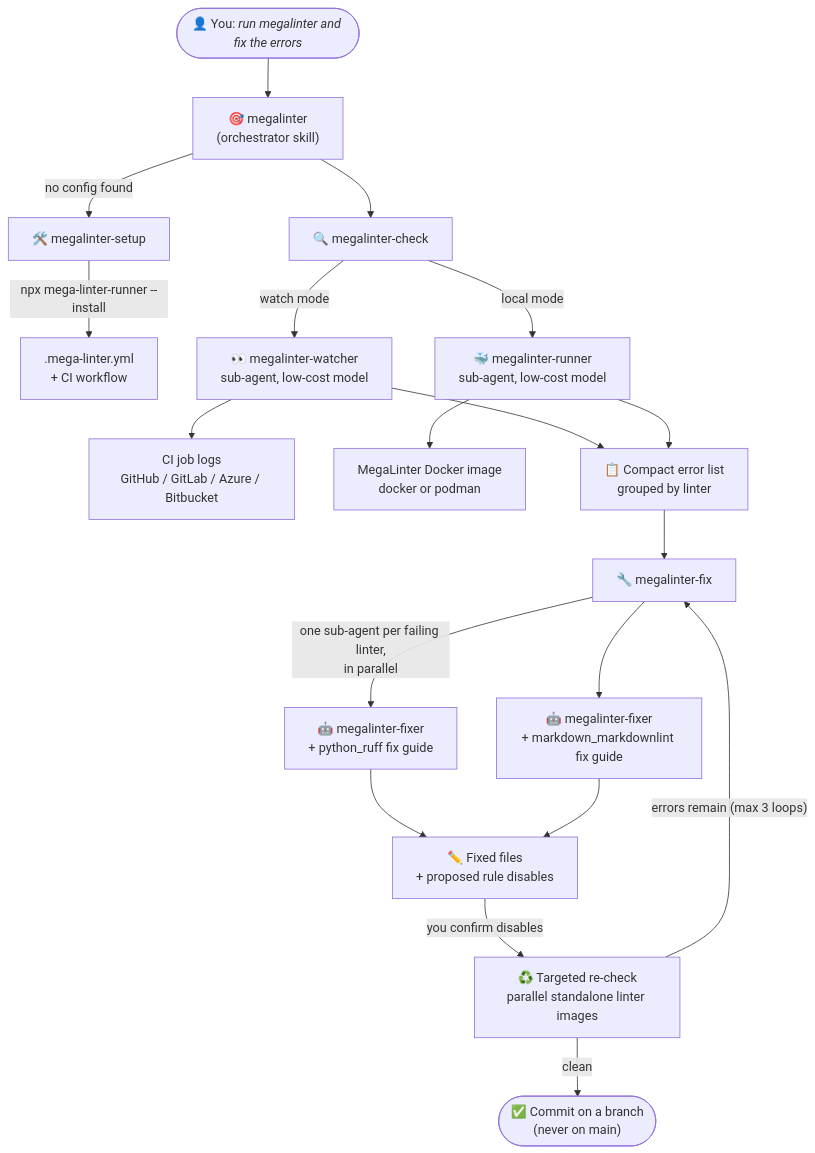
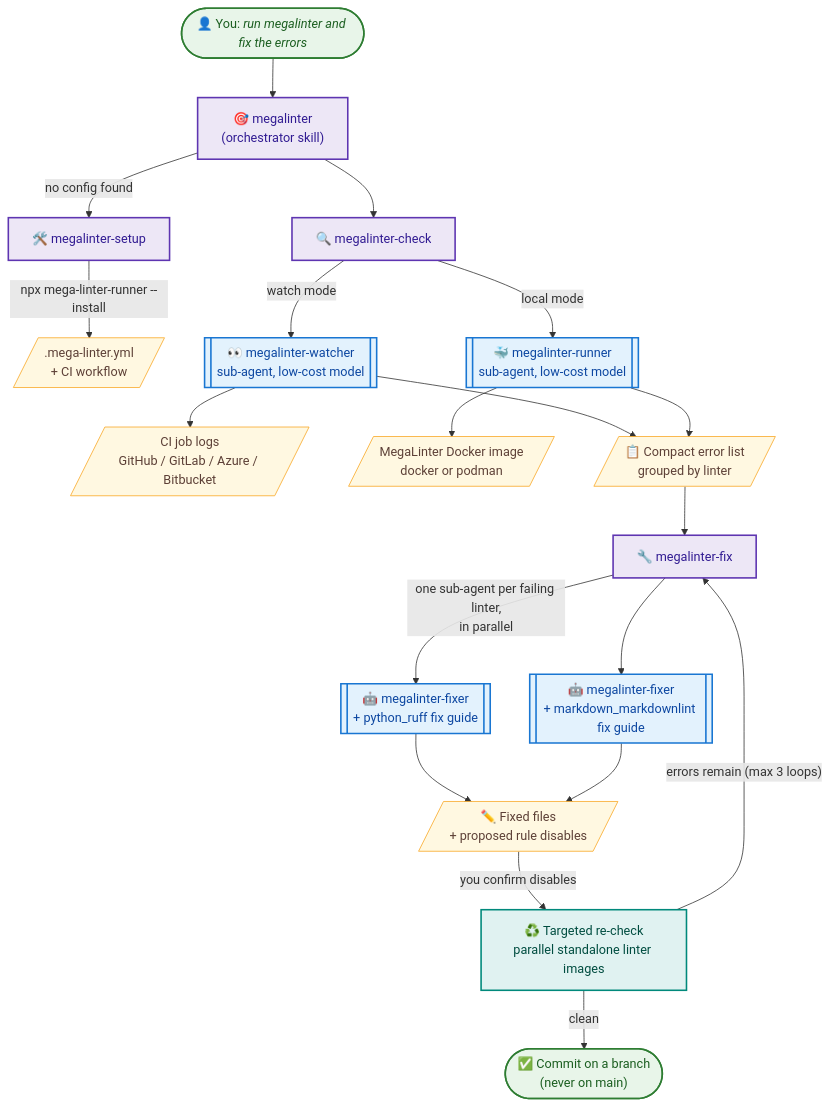
The diagram in README.md (oxsecurity/megalinter), drawn with Mermaid before and after one commit. The commit also changed 1 other file, not shown here.

Commit message:
Docs: readable themed mermaid diagram for coding agents orchestration
Add explicit classDef styles (user / skill / sub-agent / artifact / re-check)
and distinct node shapes to the sub-agents orchestration flowchart, so it
stays readable with the mkdocs-material purple theme instead of inheriting
low-contrast default node colors.

````diff
--- a/README.md
+++ b/README.md
@@ -243,21 +243,33 @@
 ```mermaid
 flowchart TD
     U(["👤 You: <i>run megalinter and fix the errors</i>"]) --> O["🎯 megalinter<br/>(orchestrator skill)"]
     O -->|"no config found"| S["🛠️ megalinter-setup"]
-    S -->|"npx mega-linter-runner --install"| CFG[".mega-linter.yml<br/>+ CI workflow"]
+    S -->|"npx mega-linter-runner --install"| CFG[/".mega-linter.yml<br/>+ CI workflow"/]
     O --> C["🔍 megalinter-check"]
-    C -->|"watch mode"| W["👀 megalinter-watcher<br/>sub-agent, low-cost model"]
-    W --> CI["CI job logs<br/>GitHub / GitLab / Azure / Bitbucket"]
-    C -->|"local mode"| RUN["🐳 megalinter-runner<br/>sub-agent, low-cost model"]
-    RUN --> IMG["MegaLinter Docker image<br/>docker or podman"]
-    W --> ERR["📋 Compact error list<br/>grouped by linter"]
+    C -->|"watch mode"| W[["👀 megalinter-watcher<br/>sub-agent, low-cost model"]]
+    W --> CI[/"CI job logs<br/>GitHub / GitLab / Azure / Bitbucket"/]
+    C -->|"local mode"| RUN[["🐳 megalinter-runner<br/>sub-agent, low-cost model"]]
+    RUN --> IMG[/"MegaLinter Docker image<br/>docker or podman"/]
+    W --> ERR[/"📋 Compact error list<br/>grouped by linter"/]
     RUN --> ERR
     ERR --> F["🔧 megalinter-fix"]
-    F -->|"one sub-agent per failing linter,<br/>in parallel"| FX1["🤖 megalinter-fixer<br/>+ python_ruff fix guide"]
-    F --> FX2["🤖 megalinter-fixer<br/>+ markdown_markdownlint fix guide"]
-    FX1 --> RES["✏️ Fixed files<br/>+ proposed rule disables"]
+    F -->|"one sub-agent per failing linter,<br/>in parallel"| FX1[["🤖 megalinter-fixer<br/>+ python_ruff fix guide"]]
+    F --> FX2[["🤖 megalinter-fixer<br/>+ markdown_markdownlint fix guide"]]
+    FX1 --> RES[/"✏️ Fixed files<br/>+ proposed rule disables"/]
     FX2 --> RES
     RES -->|"you confirm disables"| RC["♻️ Targeted re-check<br/>parallel standalone linter images"]
     RC -->|"errors remain (max 3 loops)"| F
     RC -->|"clean"| DONE(["✅ Commit on a branch<br/>(never on main)"])
+
+    classDef user fill:#e8f5e9,stroke:#2e7d32,stroke-width:2px,color:#1b5e20
+    classDef skill fill:#ede7f6,stroke:#5e35b1,stroke-width:2px,color:#311b92
+    classDef subagent fill:#e3f2fd,stroke:#1976d2,stroke-width:2px,color:#0d47a1
+    classDef artifact fill:#fff8e1,stroke:#f9a825,stroke-width:1px,color:#5d4037
+    classDef recheck fill:#e0f2f1,stroke:#00897b,stroke-width:2px,color:#004d40
+
+    class U,DONE user
+    class O,S,C,F skill
+    class W,RUN,FX1,FX2 subagent
+    class CFG,CI,IMG,ERR,RES artifact
+    class RC recheck
 ```
````
